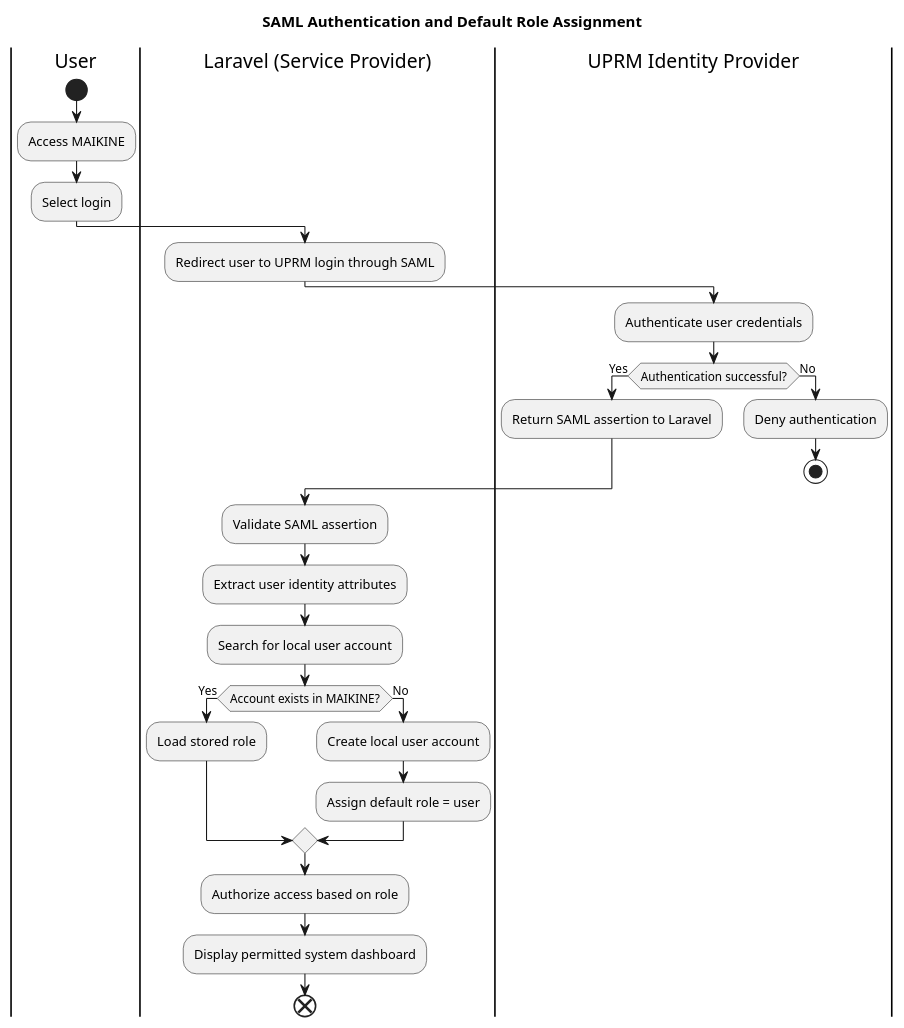
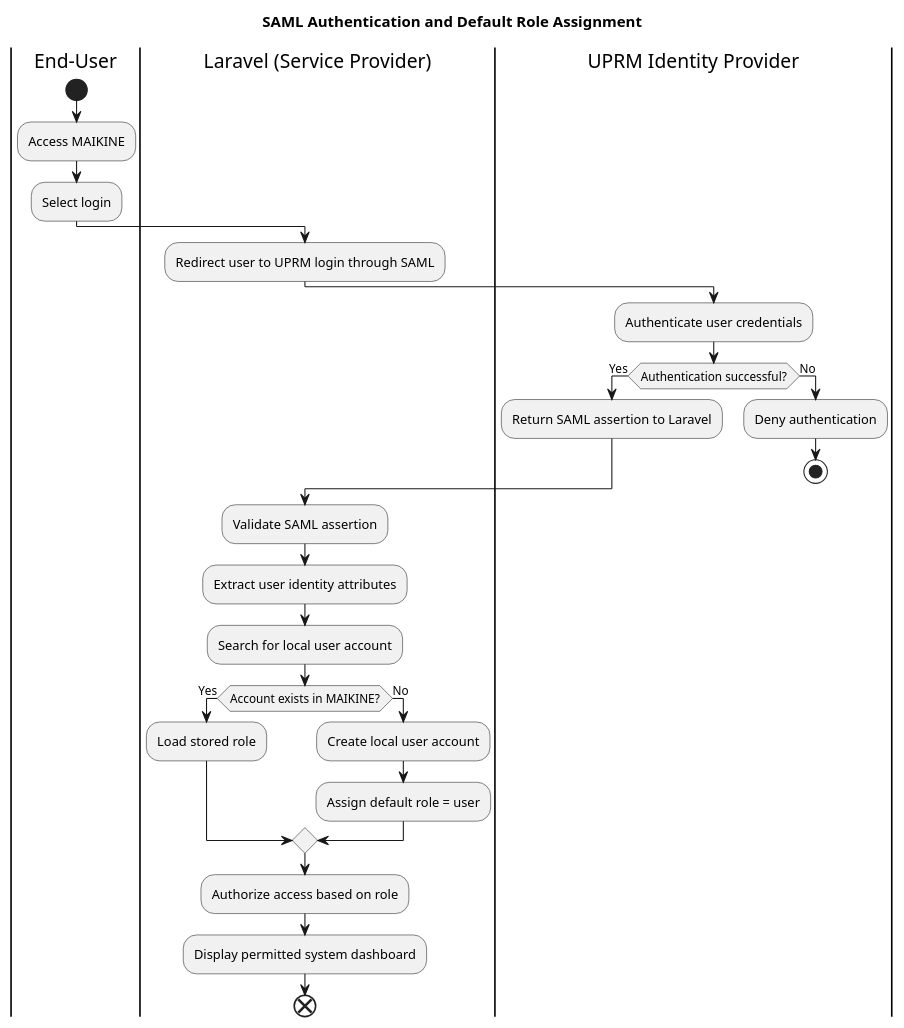
The diagram in activityDiagrams/SAML Authentication and Default Role Assignment.puml (JanPerez35/PlantUML), drawn with PlantUML before and after one commit. The commit also changed 26 other files, not shown here.

Commit message:
Updates use case diagrams and activity diagrams

```diff
--- a/activityDiagrams/SAML Authentication and Default Role Assignment.puml
+++ b/activityDiagrams/SAML Authentication and Default Role Assignment.puml
@@ -1,36 +1,36 @@
 @startuml
 title SAML Authentication and Default Role Assignment
 
-|User|
+|End-User|
 start
 :Access MAIKINE;
 :Select login;
 
 |Laravel (Service Provider)|
 :Redirect user to UPRM login through SAML;
 
 |UPRM Identity Provider|
 :Authenticate user credentials;
 if (Authentication successful?) then (Yes)
   :Return SAML assertion to Laravel;
 else (No)
   :Deny authentication;
   stop
 endif
 
 |Laravel (Service Provider)|
 :Validate SAML assertion;
 :Extract user identity attributes;
 :Search for local user account;
 if (Account exists in MAIKINE?) then (Yes)
   :Load stored role;
 else (No)
   :Create local user account;
   :Assign default role = user;
 endif
 
 :Authorize access based on role;
 :Display permitted system dashboard;
 
 end
 @enduml
```
